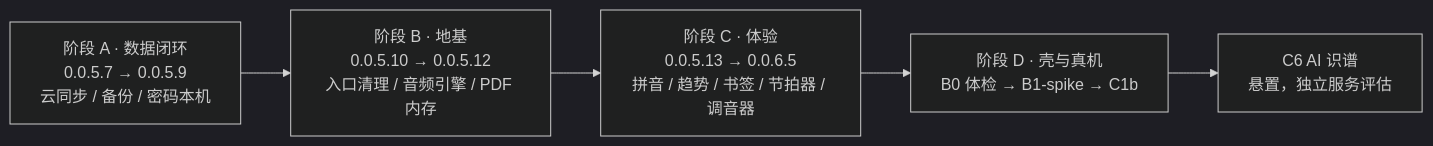
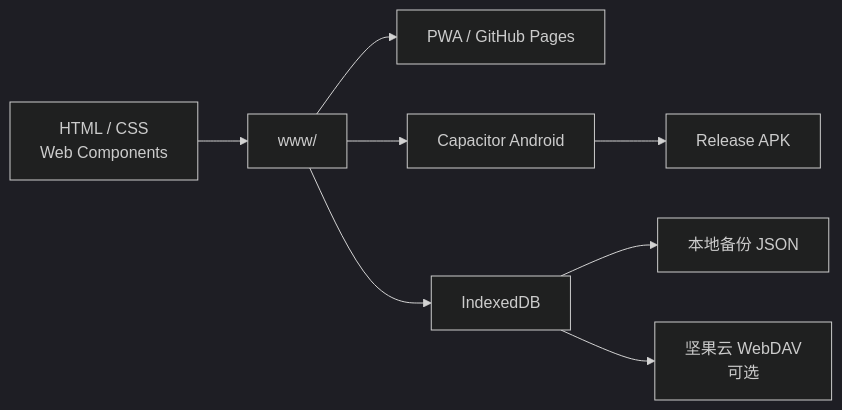
Before and after one commit to moanet/Guitar-Shell: the diagram in README.md, drawn with Mermaid (dark theme). The commit also changed other lines of this file and 21 other files, not shown here.

````diff
--- a/README.md
+++ b/README.md
@@ -66,7 +96,10 @@
 ```mermaid
 flowchart LR
-  A["阶段 A · 数据闭环<br/>0.0.5.7 → 0.0.5.9<br/>云同步 / 备份 / 密码本机"] --> B["阶段 B · 地基<br/>0.0.5.10 → 0.0.5.12<br/>入口清理 / 音频引擎 / PDF 内存"]
-  B --> C["阶段 C · 体验<br/>0.0.5.13 → 0.0.6.5<br/>拼音 / 趋势 / 书签 / 节拍器 / 调音器"]
-  C --> D["阶段 D · 壳与真机<br/>B0 体检 → B1-spike → C1b"]
-  D --> E["C6 AI 识谱<br/>悬置，独立服务评估"]
+  A["HTML / CSS<br/>Web Components"] --> B["www/"]
+  B --> C["PWA / GitHub Pages"]
+  B --> D["Capacitor Android"]
+  D --> E["Release APK"]
+  B --> F["IndexedDB"]
+  F --> G["本地备份 JSON"]
+  F --> H["坚果云 WebDAV<br/>可选"]
 ```
````
